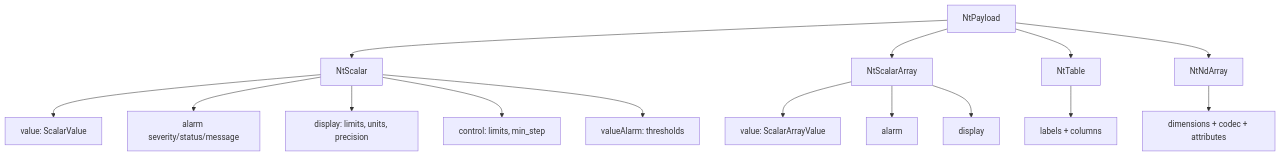
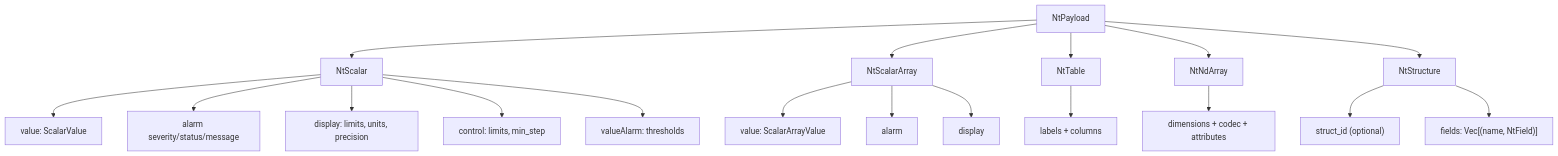
One commit to ISISNeutronMuon/sPVirit changed the second of 3 diagrams in README.md. Above: the diagram before and after it, drawn with Mermaid. The commit also changed other lines of this file and 16 other files, not shown here.

````diff
--- a/README.md
+++ b/README.md
@@ -88,21 +88,24 @@
 ```mermaid
 flowchart TD
     NTP["NtPayload"]
     NTP --> NTS["NtScalar"]
     NTP --> NTSA["NtScalarArray"]
     NTP --> NTT["NtTable"]
     NTP --> NTNA["NtNdArray"]
+    NTP --> NTSTR["NtStructure"]
 
     NTS --> V1["value: ScalarValue"]
     NTS --> A1["alarm severity/status/message"]
     NTS --> D1["display: limits, units, precision"]
     NTS --> C1["control: limits, min_step"]
     NTS --> VA1["valueAlarm: thresholds"]
 
     NTSA --> V2["value: ScalarArrayValue"]
     NTSA --> A2["alarm"]
     NTSA --> D2["display"]
 
     NTT --> L["labels + columns"]
     NTNA --> DIM["dimensions + codec + attributes"]
+    NTSTR --> ID["struct_id (optional)"]
+    NTSTR --> F["fields: Vec[(name, NtField)]"]
 ```
````
